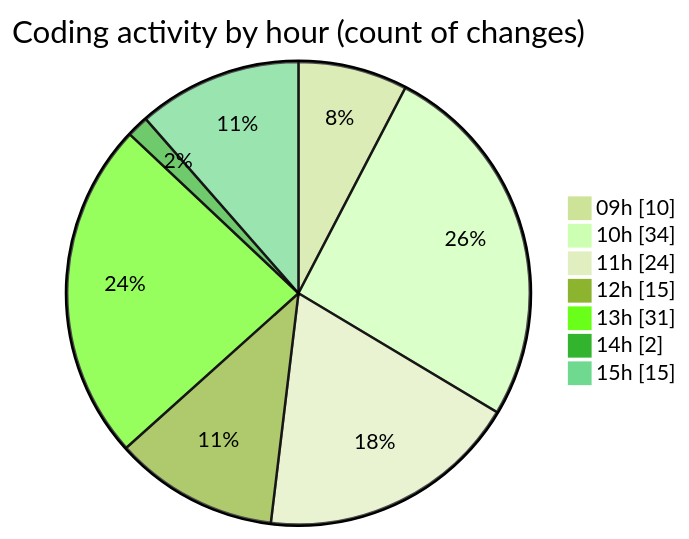
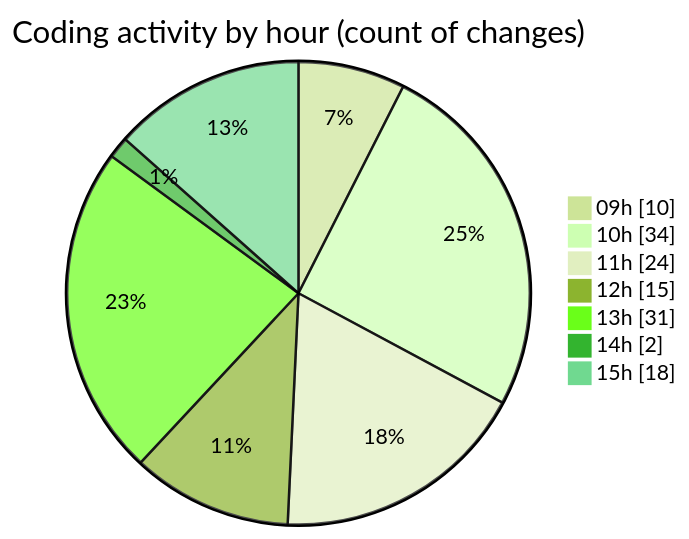
Before and after one commit to momahboobian/code-tracking: the second of 2 diagrams in 2025-09-02/cda/README.md, drawn with Mermaid (forest theme). The commit also changed other lines of this file and 1 other file, not shown here.

````diff
--- a/2025-09-02/cda/README.md
+++ b/2025-09-02/cda/README.md
@@ -39,11 +39,11 @@
 ```mermaid
 pie showData
 title Coding activity by hour (count of changes)
 "09h" : 10
 "10h" : 34
 "11h" : 24
 "12h" : 15
 "13h" : 31
 "14h" : 2
-"15h" : 15
+"15h" : 18
 ```
````
